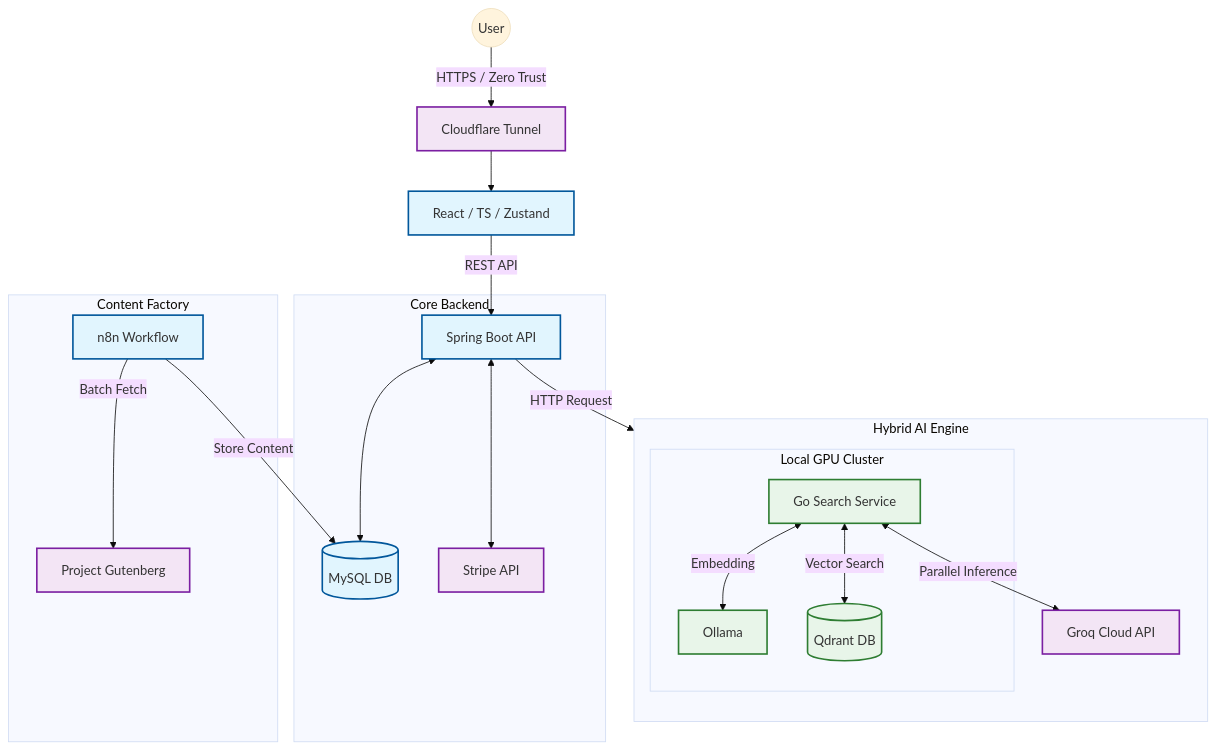
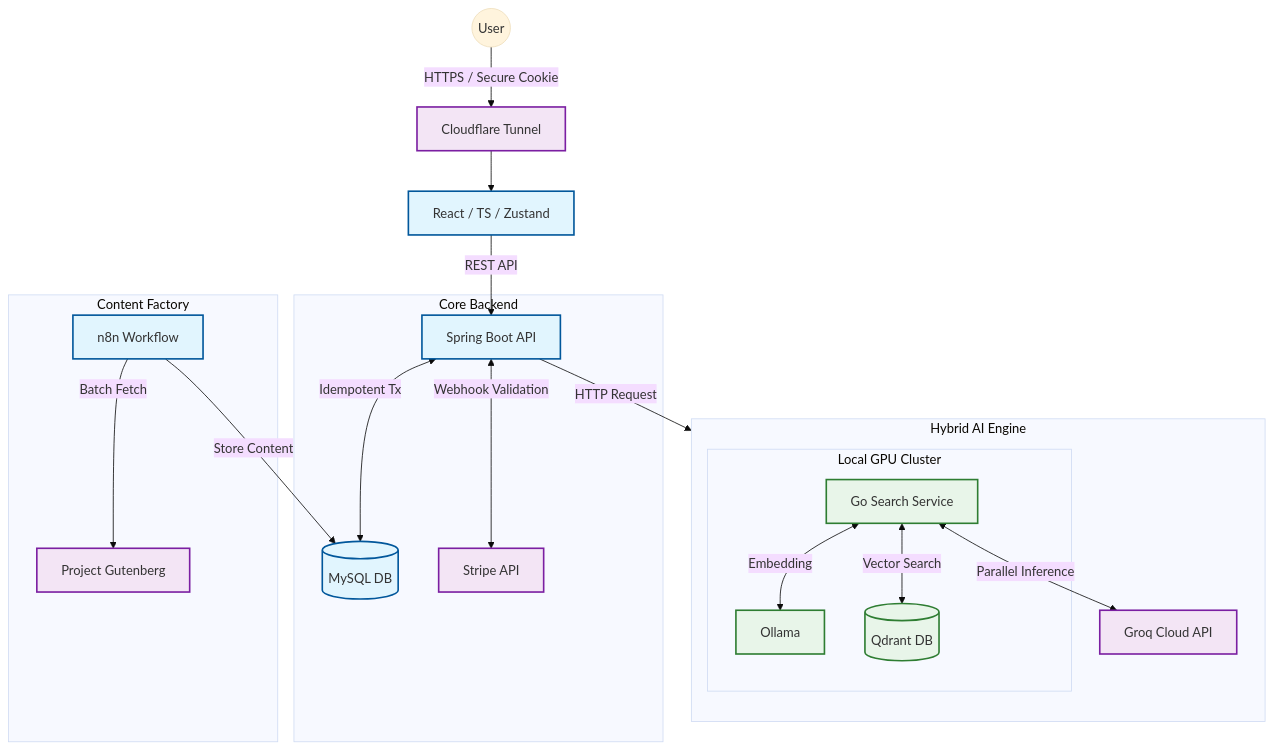
One commit to xtq453xs-star/smartbrief changed the diagram in README.md. Above: the diagram before and after it, drawn with Mermaid (base theme). The commit also changed other lines of this file, not shown here.

````diff
--- a/README.md
+++ b/README.md
@@ -83,35 +71,35 @@
 ```mermaid
 graph TD
-    User((User)) -->|HTTPS / Zero Trust| CF[Cloudflare Tunnel]
+    User((User)) -->|HTTPS / Secure Cookie| CF[Cloudflare Tunnel]
     CF --> FE[React / TS / Zustand]
     FE -->|REST API| BE[Spring Boot API]
 
     subgraph Core_Backend [Core Backend]
-        BE <--> MySQL[(MySQL DB)]
-        BE <--> Stripe[Stripe API]
+        BE <-->|Idempotent Tx| MySQL[(MySQL DB)]
+        BE <-->|Webhook Validation| Stripe[Stripe API]
     end
 
     subgraph Hybrid_AI_Engine [Hybrid AI Engine]
         direction TB
         BE -->|HTTP Request| GO[Go Search Service]
         GO <-->|Parallel Inference| Groq[Groq Cloud API]
         
         subgraph Local_GPU_Cluster [Local GPU Cluster]
             GO <-->|Embedding| Ollama[Ollama]
             GO <-->|Vector Search| Qdrant[(Qdrant DB)]
         end
     end
 
     subgraph Content_Factory [Content Factory]
         n8n[n8n Workflow] -->|Batch Fetch| Gutenberg[Project Gutenberg]
         n8n -->|Store Content| MySQL
     end
 
     classDef container fill:#e1f5fe,stroke:#01579b,stroke-width:2px
     classDef external fill:#f3e5f5,stroke:#7b1fa2,stroke-width:2px
     classDef local fill:#e8f5e9,stroke:#2e7d32,stroke-width:2px
     
     class FE,BE,MySQL,n8n container
     class CF,Stripe,Groq,Gutenberg external
     class GO,Ollama,Qdrant local
 ```
````
